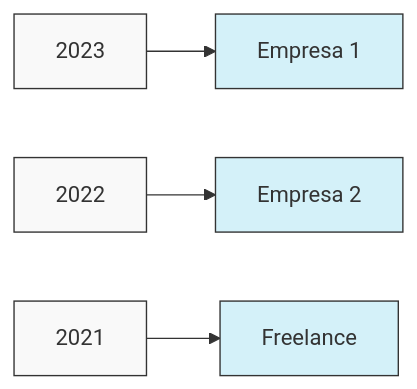
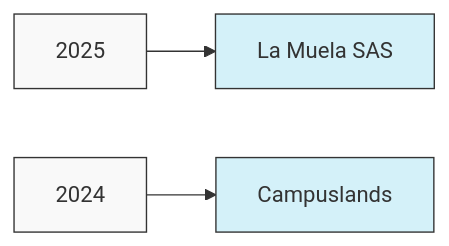
Before and after one commit to DanielEStebanChaconDiaz/DanielEStebanChaconDiaz: the diagram in README.md, drawn with Mermaid. The commit also changed other lines of this file, not shown here.

````diff
--- a/README.md
+++ b/README.md
@@ -96,13 +136,10 @@
 ```mermaid
 graph LR
-    A[2023] --> B[Empresa 1]
-    C[2022] --> D[Empresa 2]
-    E[2021] --> F[Freelance]
+    A[2025] --> B[La Muela SAS]
+    C[2024] --> D[Campuslands]
     
     style A fill:#f9f9f9,stroke:#333,stroke-width:1px
     style C fill:#f9f9f9,stroke:#333,stroke-width:1px
-    style E fill:#f9f9f9,stroke:#333,stroke-width:1px
     style B fill:#d4f1f9,stroke:#333,stroke-width:1px
     style D fill:#d4f1f9,stroke:#333,stroke-width:1px
-    style F fill:#d4f1f9,stroke:#333,stroke-width:1px
 ```
````
